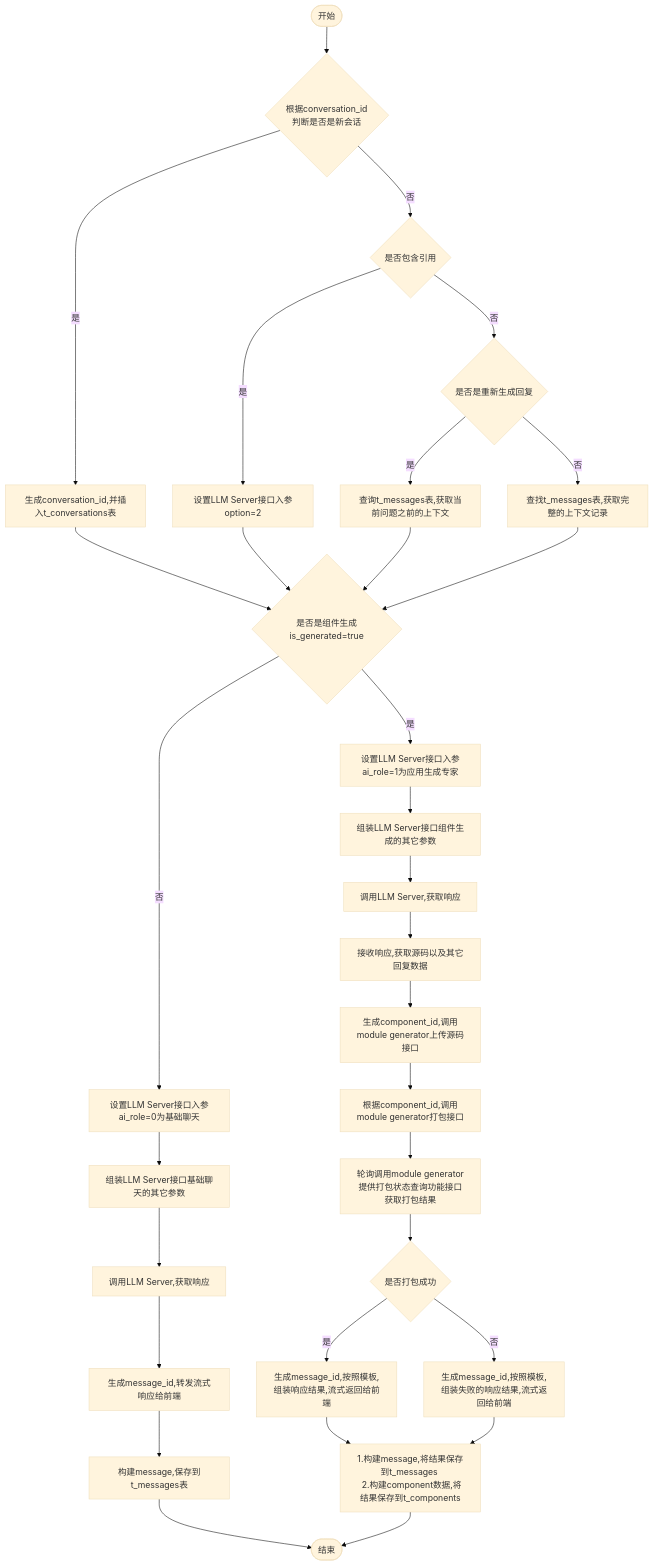
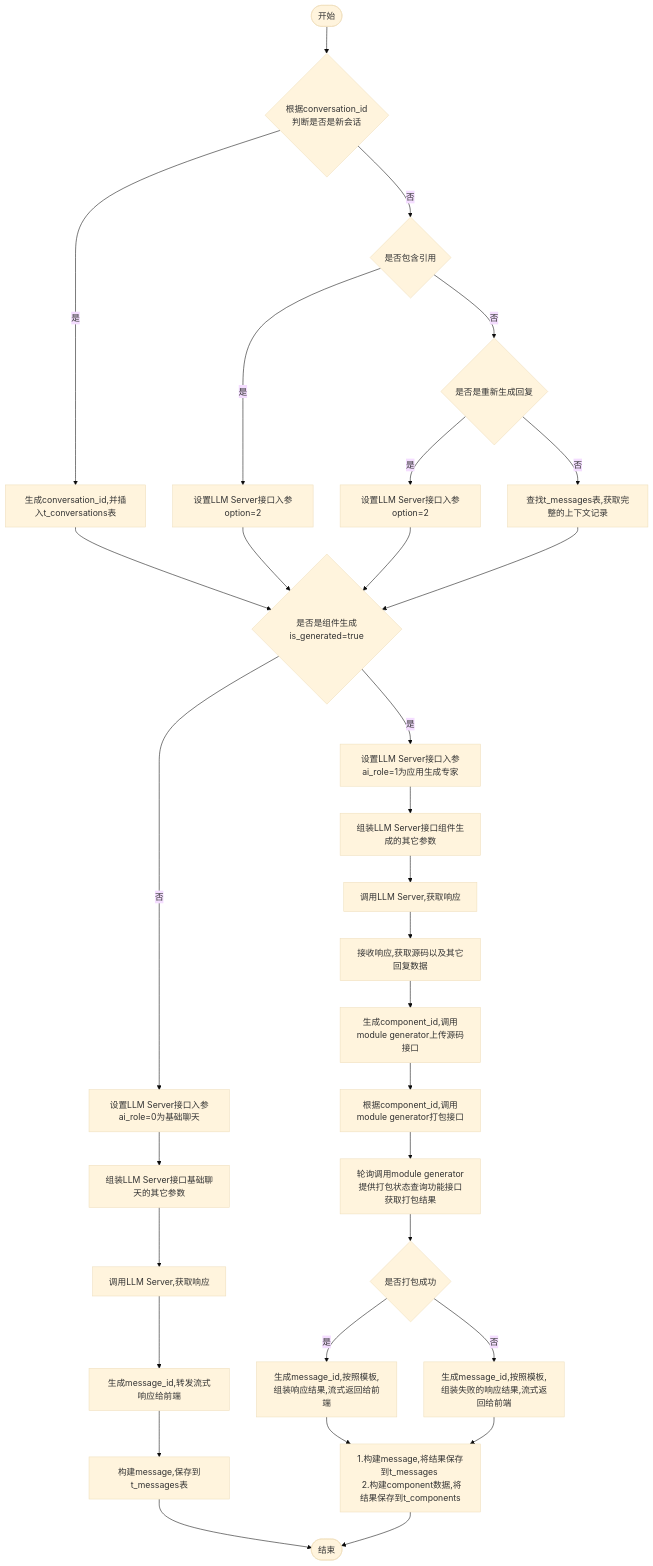
One commit to yingjianzh/iodraw-files changed the diagram in all/w3-会话-不需要传递message.md. Above: the diagram before and after it, drawn with Mermaid (base theme).

Commit message:
2024-10-14 11:10:24 update

````diff
--- a/all/w3-会话-不需要传递message.md
+++ b/all/w3-会话-不需要传递message.md
@@ -1,35 +1,35 @@
 ```mermaid
 flowchart TD
     A([开始]) --> B{根据conversation_id \n 判断是否是新会话}
     B -- 是 --> C[生成conversation_id,并插入t_conversations表]
     B -- 否 --> D{是否包含引用}
     D -- 是 --> E[设置LLM Server接口入参option=2]
     D -- 否 --> F{是否是重新生成回复}
-    F -- 是 --> G[查询t_messages表,获取当前问题之前的上下文]
+    F -- 是 --> G[设置LLM Server接口入参option=2]
     F -- 否 --> H[查找t_messages表,获取完整的上下文记录]
      
     C & E & G & H --> I{是否是组件生成is_generated=true}
     I -- 是 --> J[设置LLM Server接口入参ai_role=1为应用生成专家]
     I -- 否 --> K[设置LLM Server接口入参ai_role=0为基础聊天]
 
 
     J --> L[组装LLM Server接口组件生成的其它参数]    
     K --> M[组装LLM Server接口基础聊天的其它参数]    
     M --> N[调用LLM Server,获取响应]    
     N --> O[生成message_id,转发流式响应给前端]
     O --> P[构建message,保存到t_messages表]
     P --> R([结束])
 
 
     L --> S[调用LLM Server,获取响应]
     S --> T[接收响应,获取源码以及其它回复数据]
     T --> U[生成component_id,调用module generator上传源码接口]
     U --> V[根据component_id,调用module generator打包接口]
     V --> W[轮询调用module generator提供打包状态查询功能接口获取打包结果]
     W --> X{是否打包成功}
     X -- 是 --> Y[生成message_id,按照模板,组装响应结果,流式返回给前端]
     X -- 否 --> Z[生成message_id,按照模板,组装失败的响应结果,流式返回给前端]
 
     Y & Z --> Result[1.构建message,将结果保存到t_messages \n 2.构建component数据,将结果保存到t_components]
     Result --> R
 ```
````
